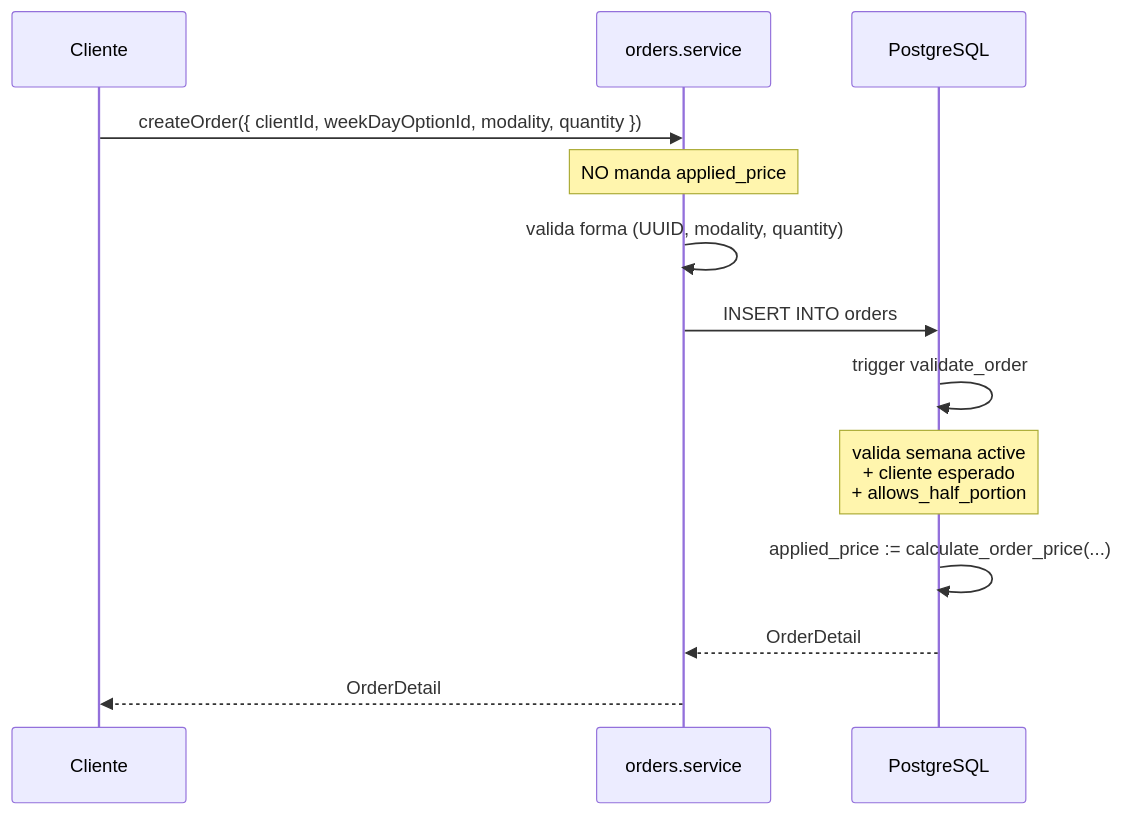
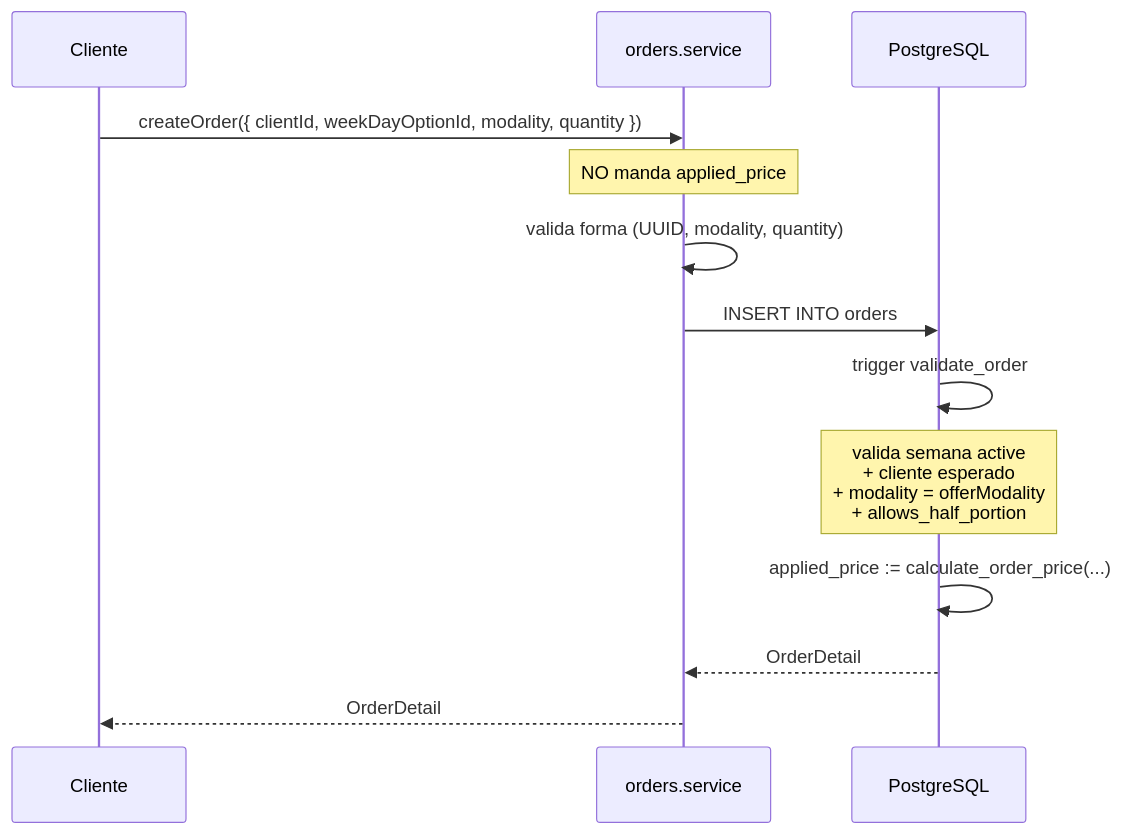
One commit to Franc0-L/Todo-Artesanal-Legacy changed the third of 9 diagrams in docs/flujos.md. Above: the diagram before and after it, drawn with Mermaid. The commit also changed other lines of this file and 22 other files, not shown here.

````diff
--- a/docs/flujos.md
+++ b/docs/flujos.md
@@ -138,16 +151,16 @@
 ```mermaid
 sequenceDiagram
     participant C as Cliente
     participant S as orders.service
     participant DB as PostgreSQL
 
     C->>S: createOrder({ clientId, weekDayOptionId, modality, quantity })
     Note over S: NO manda applied_price
     S->>S: valida forma (UUID, modality, quantity)
     S->>DB: INSERT INTO orders
     DB->>DB: trigger validate_order
-    Note over DB: valida semana active<br/>+ cliente esperado<br/>+ allows_half_portion
+    Note over DB: valida semana active<br/>+ cliente esperado<br/>+ modality = offerModality<br/>+ allows_half_portion
     DB->>DB: applied_price := calculate_order_price(...)
     DB-->>S: OrderDetail
     S-->>C: OrderDetail
 ```
````
